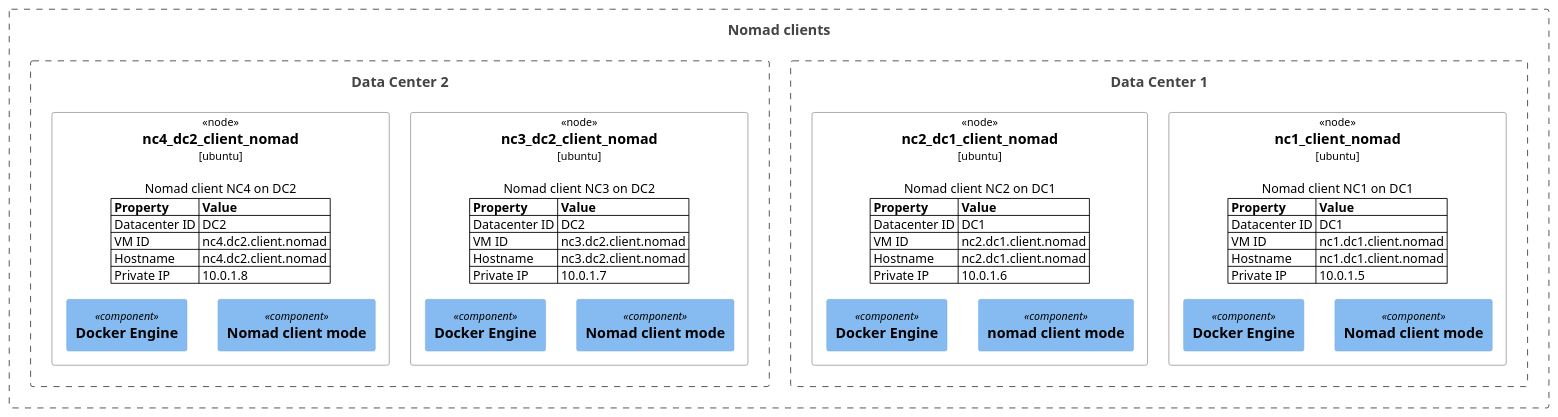
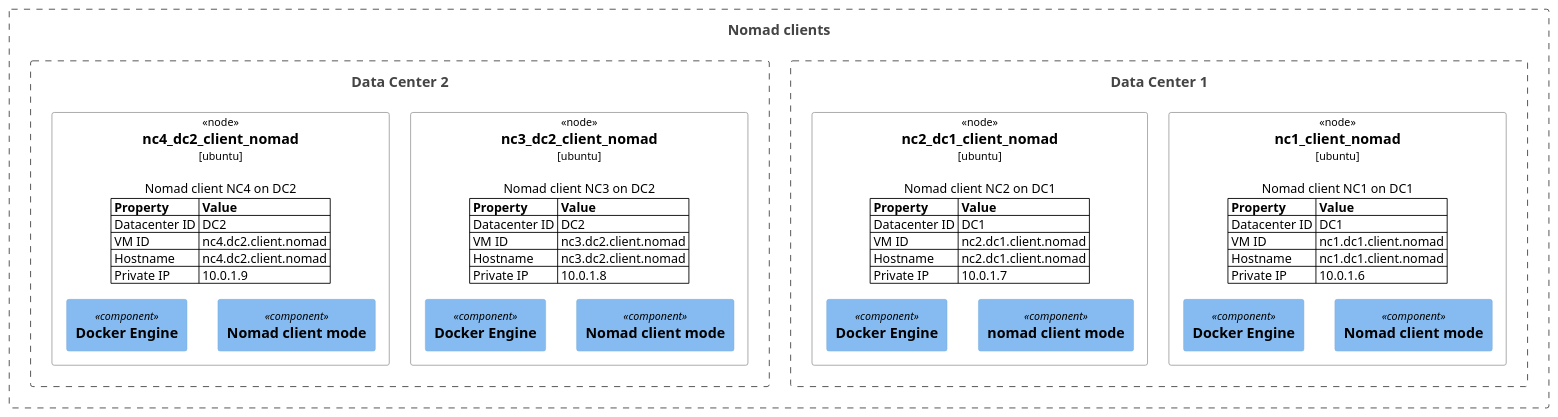
The third of 3 diagrams in doc/local_infrastructure.plantuml (Trenrod/nomadtest), drawn with PlantUML before and after one commit. The commit also changed other lines of this file and 5 other files, not shown here.

```diff
--- a/doc/local_infrastructure.plantuml
+++ b/doc/local_infrastructure.plantuml
@@ -44,47 +44,47 @@
 @startuml nomad_client
 !include https://raw.githubusercontent.com/plantuml-stdlib/C4-PlantUML/master/C4_Deployment.puml
 !include https://raw.githubusercontent.com/plantuml-stdlib/C4-PlantUML/master/C4_Component.puml
 Boundary(nomad_clients, "Nomad clients") {
 
     Boundary(datacluster1, "Data Center 1") {
         AddProperty("Datacenter ID", "DC1")
         AddProperty("VM ID", "nc1.dc1.client.nomad")
         AddProperty("Hostname", "nc1.dc1.client.nomad")
-        AddProperty("Private IP", "10.0.1.5")
+        AddProperty("Private IP", "10.0.1.6")
         Node(dc1_nc1, nc1_client_nomad, ubuntu, "Nomad client NC1 on DC1") {
             Component(nomad_client1, "Nomad client mode")
             Component(docker1, "Docker Engine")
         }
 
         AddProperty("Datacenter ID", "DC1")
         AddProperty("VM ID", "nc2.dc1.client.nomad")
         AddProperty("Hostname", "nc2.dc1.client.nomad")
-        AddProperty("Private IP", "10.0.1.6")
+        AddProperty("Private IP", "10.0.1.7")
         Node(dc1_nc2, nc2_dc1_client_nomad, ubuntu, "Nomad client NC2 on DC1") {
             Component(nomad_client2, "nomad client mode")
             Component(docker2, "Docker Engine")
         }
     }
 
     Boundary(datacluster2, "Data Center 2") {
         AddProperty("Datacenter ID", "DC2")
         AddProperty("VM ID", "nc3.dc2.client.nomad")
         AddProperty("Hostname", "nc3.dc2.client.nomad")
-        AddProperty("Private IP", "10.0.1.7")
+        AddProperty("Private IP", "10.0.1.8")
         Node(dc2_nc3, nc3_dc2_client_nomad, ubuntu, "Nomad client NC3 on DC2") {
             Component(nomad_client3, "Nomad client mode")
             Component(docker3, "Docker Engine")
         }
 
 
         AddProperty("Datacenter ID", "DC2")
         AddProperty("VM ID", "nc4.dc2.client.nomad")
         AddProperty("Hostname", "nc4.dc2.client.nomad")
-        AddProperty("Private IP", "10.0.1.8")
+        AddProperty("Private IP", "10.0.1.9")
         Node(dc2_nc4, nc4_dc2_client_nomad, ubuntu, "Nomad client NC4 on DC2") {
             Component(nomad_client4, "Nomad client mode")
             Component(docker4, "Docker Engine")
         }
     }
 }
 @enduml
```
